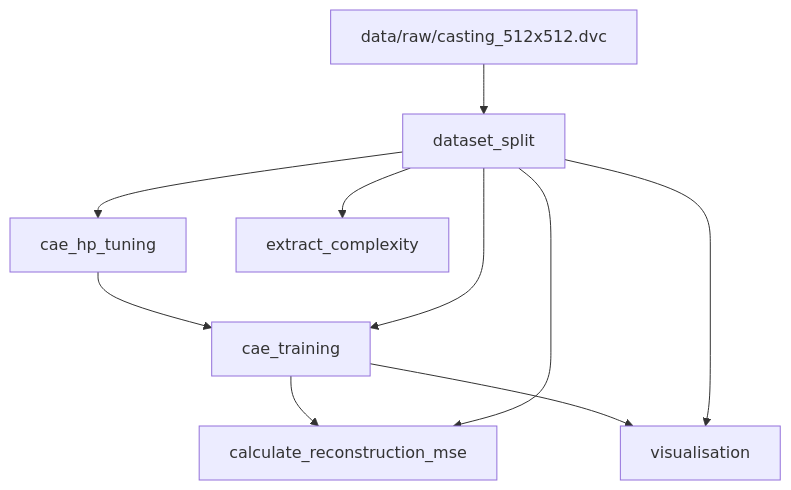
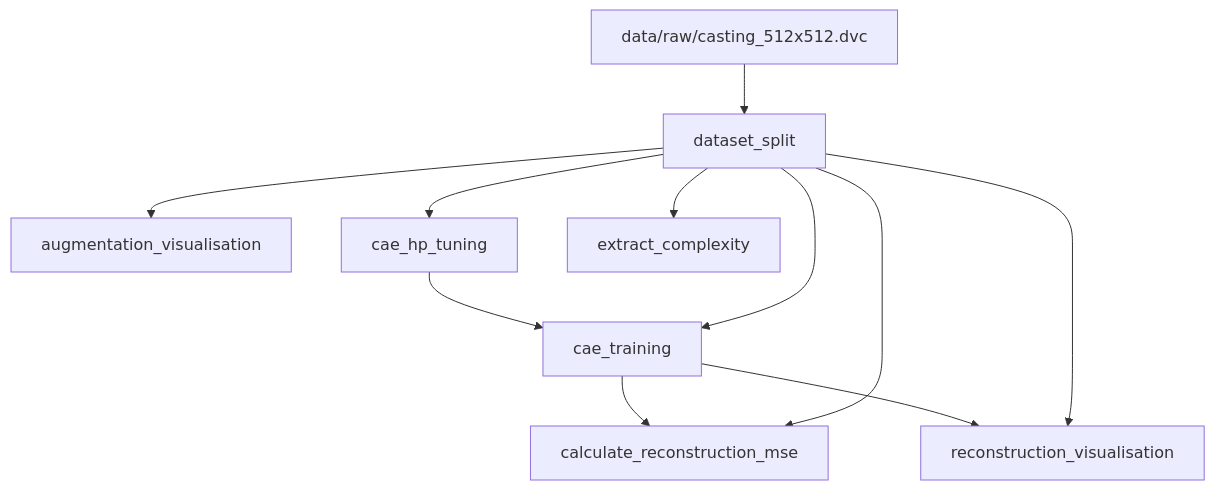
One commit to alexsandercaac/img-complexity-cae changed the diagram in visualisation/dag.md. Above: the diagram before and after it, drawn with Mermaid. The commit also changed 6 other files, not shown here.

Commit message:
Split the visualisation stage

````diff
--- a/visualisation/dag.md
+++ b/visualisation/dag.md
@@ -1,19 +1,21 @@
 ```mermaid
 flowchart TD
-	node1["cae_hp_tuning"]
-	node2["cae_training"]
-	node3["calculate_reconstruction_mse"]
-	node4["data/raw/casting_512x512.dvc"]
-	node5["dataset_split"]
-	node6["extract_complexity"]
-	node7["visualisation"]
-	node1-->node2
+	node1["augmentation_visualisation"]
+	node2["cae_hp_tuning"]
+	node3["cae_training"]
+	node4["calculate_reconstruction_mse"]
+	node5["data/raw/casting_512x512.dvc"]
+	node6["dataset_split"]
+	node7["extract_complexity"]
+	node8["reconstruction_visualisation"]
 	node2-->node3
-	node2-->node7
-	node4-->node5
-	node5-->node1
-	node5-->node2
-	node5-->node3
+	node3-->node4
+	node3-->node8
 	node5-->node6
-	node5-->node7
+	node6-->node1
+	node6-->node2
+	node6-->node3
+	node6-->node4
+	node6-->node7
+	node6-->node8
 ```
````
